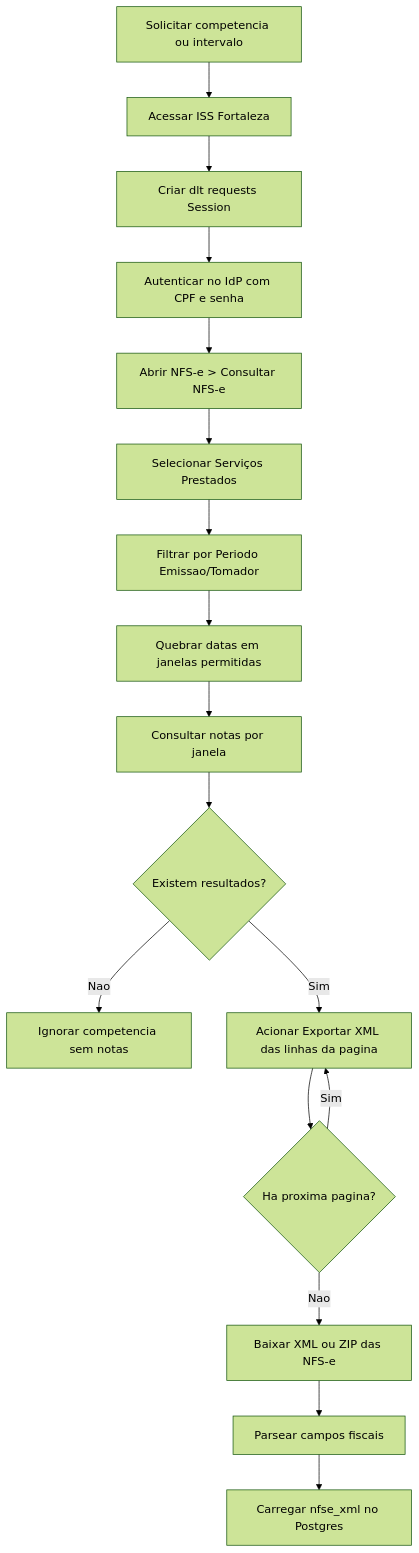
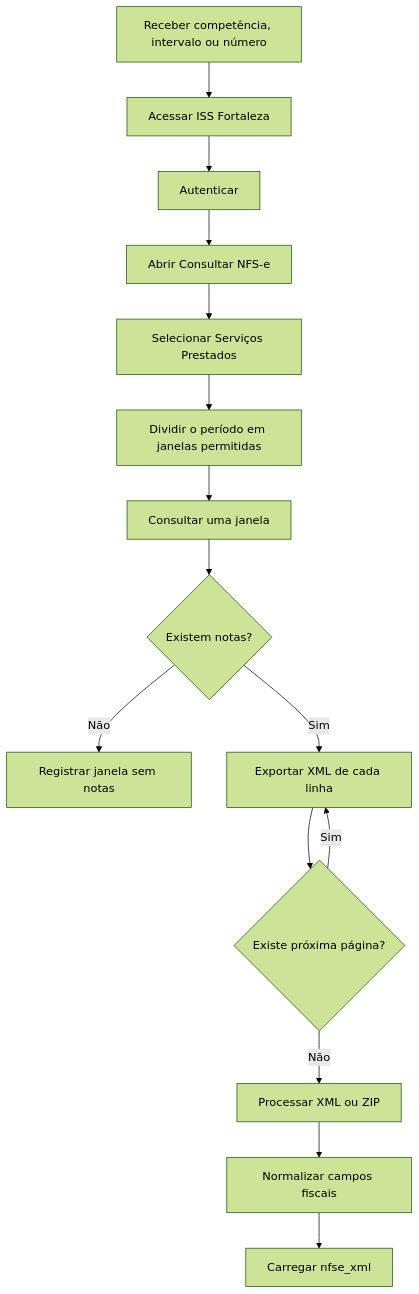
One commit to AmorimEureka/PRJ_SCRAPING_ISS_FORTALEZA changed the third of 3 diagrams in README.md. Above: the diagram before and after it, drawn with Mermaid (forest theme). The commit also changed other lines of this file, not shown here.

````diff
--- a/README.md
+++ b/README.md
@@ -830,19 +637,17 @@
 ```mermaid
 flowchart TD
-    A[Solicitar competencia ou intervalo] --> B[Acessar ISS Fortaleza]
-    B --> C[Criar dlt requests Session]
-    C --> D[Autenticar no IdP com CPF e senha]
-    D --> E[Abrir NFS-e > Consultar NFS-e]
-    E --> F[Selecionar Serviços Prestados]
-    F --> G[Filtrar por Periodo Emissao/Tomador]
-    G --> H[Quebrar datas em janelas permitidas]
-    H --> I[Consultar notas por janela]
-    I --> J{Existem resultados?}
-    J -- Nao --> K[Ignorar competencia sem notas]
-    J -- Sim --> L[Acionar Exportar XML das linhas da pagina]
-    L --> M{Ha proxima pagina?}
-    M -- Sim --> L
-    M -- Nao --> N[Baixar XML ou ZIP das NFS-e]
-    N --> O[Parsear campos fiscais]
-    O --> P[Carregar nfse_xml no Postgres]
+    A[Receber competência, intervalo ou número] --> B[Acessar ISS Fortaleza]
+    B --> C[Autenticar]
+    C --> D[Abrir Consultar NFS-e]
+    D --> E[Selecionar Serviços Prestados]
+    E --> F[Dividir o período em janelas permitidas]
+    F --> G[Consultar uma janela]
+    G --> H{Existem notas?}
+    H -- Não --> I[Registrar janela sem notas]
+    H -- Sim --> J[Exportar XML de cada linha]
+    J --> K{Existe próxima página?}
+    K -- Sim --> J
+    K -- Não --> L[Processar XML ou ZIP]
+    L --> M[Normalizar campos fiscais]
+    M --> N[Carregar nfse_xml]
 ```
````
